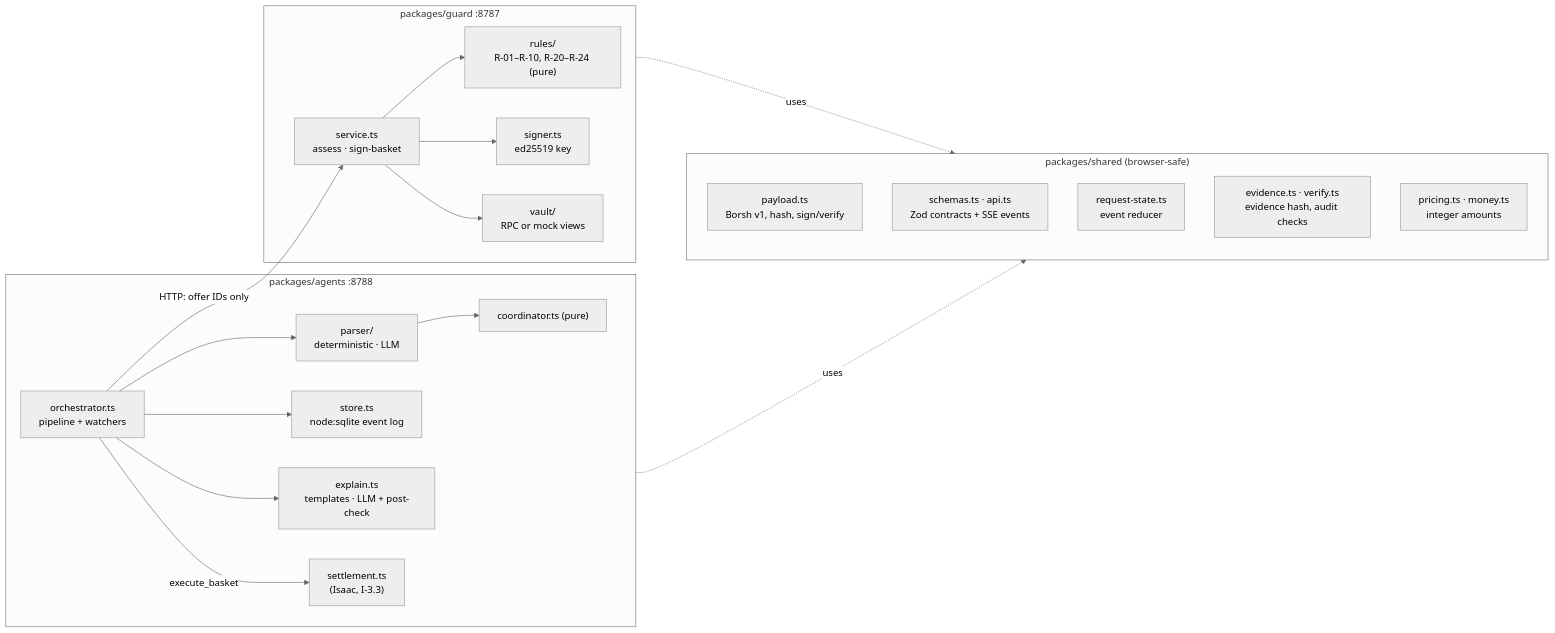
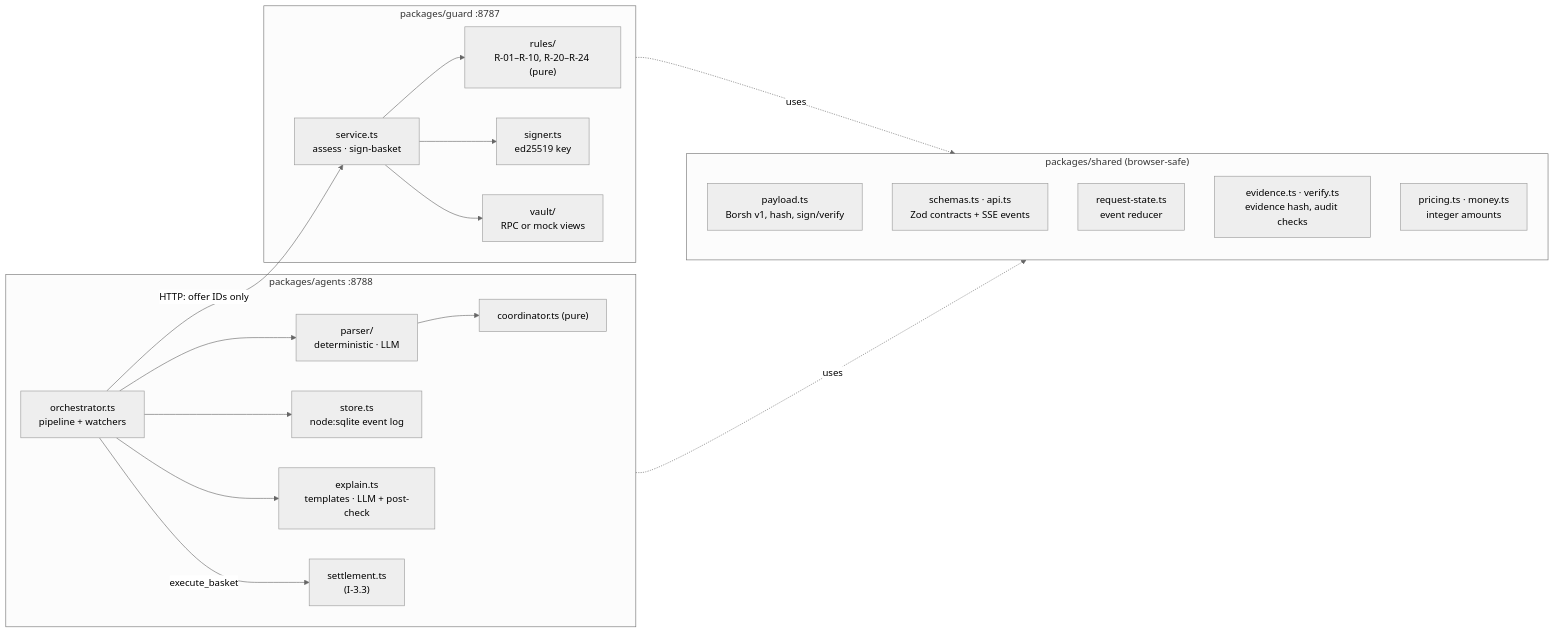
One commit to Chibey-max/Checkpoint__V2 changed the diagram in docs/architecture.md. Above: the diagram before and after it, drawn with Mermaid (neutral theme). The commit also changed other lines of this file, not shown here.

Commit message:
docs: reflect the two-person team in architecture

````diff
--- a/docs/architecture.md
+++ b/docs/architecture.md
@@ -5,34 +5,34 @@
 ```mermaid
 flowchart LR
     subgraph shared["packages/shared (browser-safe)"]
         PL["payload.ts<br/>Borsh v1, hash, sign/verify"]
         SC["schemas.ts · api.ts<br/>Zod contracts + SSE events"]
         RS["request-state.ts<br/>event reducer"]
         EV["evidence.ts · verify.ts<br/>evidence hash, audit checks"]
         PR["pricing.ts · money.ts<br/>integer amounts"]
     end
     subgraph guard["packages/guard :8787"]
         RU["rules/<br/>R-01–R-10, R-20–R-24 (pure)"]
         GS["service.ts<br/>assess · sign-basket"]
         SG["signer.ts<br/>ed25519 key"]
         VV["vault/<br/>RPC or mock views"]
     end
     subgraph agents["packages/agents :8788"]
         PA["parser/<br/>deterministic · LLM"]
         CO["coordinator.ts (pure)"]
         OR["orchestrator.ts<br/>pipeline + watchers"]
         ST["store.ts<br/>node:sqlite event log"]
         EX["explain.ts<br/>templates · LLM + post-check"]
-        SE["settlement.ts<br/>(Isaac, I-3.3)"]
+        SE["settlement.ts<br/>(I-3.3)"]
     end
     OR --> PA --> CO
     OR -->|"HTTP: offer IDs only"| GS
     GS --> RU
     GS --> SG
     GS --> VV
     OR --> EX
     OR --> ST
     OR -->|"execute_basket"| SE
     guard -.uses.-> shared
     agents -.uses.-> shared
 ```
````
